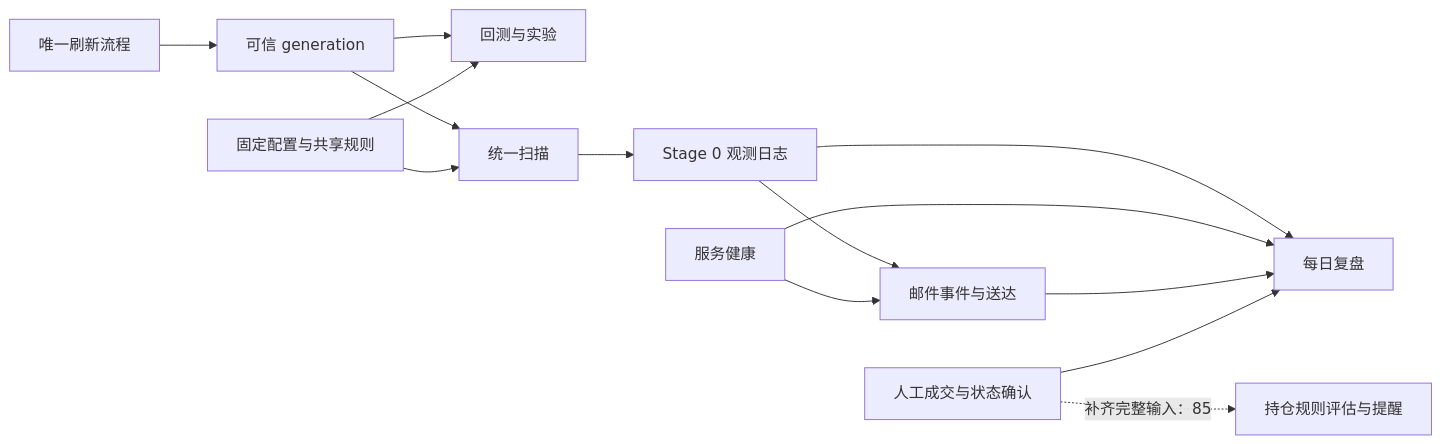
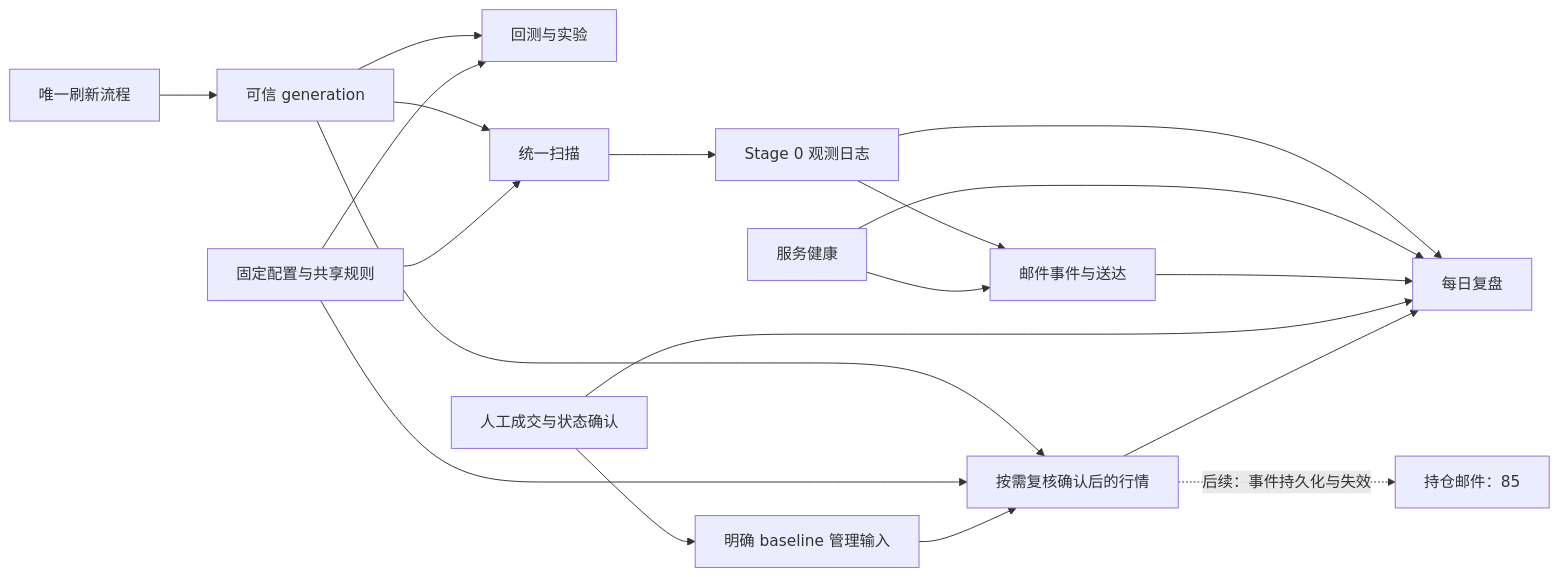
The diagram in docs/architecture.md (amazing-fish/mu-5x-fibonacci-trading), drawn with Mermaid before and after one commit. The commit also changed other lines of this file and 9 other files, not shown here.

````diff
--- a/docs/architecture.md
+++ b/docs/architecture.md
@@ -34,16 +34,21 @@
 ```mermaid
 flowchart LR
     A[唯一刷新流程] --> B[可信 generation]
     B --> C[回测与实验]
     D[固定配置与共享规则] --> C
     B --> E[统一扫描]
     D --> E
     E --> F[Stage 0 观测日志]
     F --> G[邮件事件与送达]
     H[服务健康] --> G
     F --> I[每日复盘]
     H --> I
     G --> I
     J[人工成交与状态确认] --> I
-    J -. 补齐完整输入：85 .-> K[持仓规则评估与提醒]
+    J --> K[明确 baseline 管理输入]
+    B --> L[按需复核确认后的行情]
+    D --> L
+    K --> L
+    L --> I
+    L -. 后续：事件持久化与失效 .-> M[持仓邮件：85]
 ```
````
